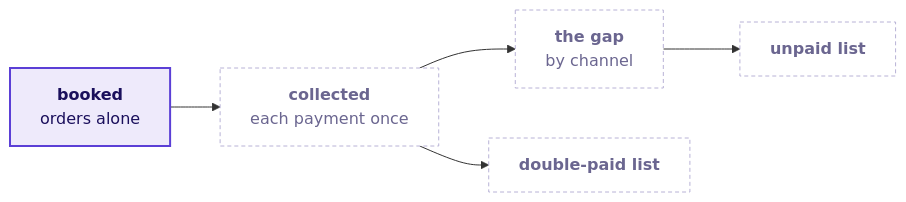
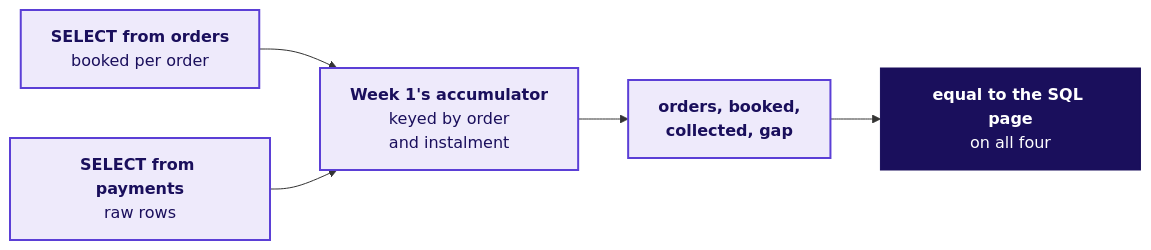
Before and after one commit to fde-academy-lab/c2-content-factory: the fourth of 8 diagrams in content/W02/D2/slides/C2_W02_D02_half2_STUDENT.md, drawn with Mermaid. The commit also changed other lines of this file and 11 other files, not shown here.

First line of the commit message:
W02 D2: both decks rebuilt chapter by chapter to standard v3, and the notebooks without the Week 1 bulk order

````diff
--- a/content/W02/D2/slides/C2_W02_D02_half2_STUDENT.md
+++ b/content/W02/D2/slides/C2_W02_D02_half2_STUDENT.md
@@ -34,11 +320,11 @@
 ```mermaid
 flowchart LR
-    B["<b>booked</b><br/>orders alone"] --> C["<b>collected</b><br/>each payment once"]
-    C --> G["<b>the gap</b><br/>by channel"]
-    G --> U["<b>unpaid list</b>"]
-    C --> D["<b>double-paid list</b>"]
+    O["<b>SELECT from orders</b><br/>booked per order"] --> A["<b>Week 1's accumulator</b><br/>keyed by order<br/>and instalment"]
+    P["<b>SELECT from payments</b><br/>raw rows"] --> A
+    A --> F["<b>orders, booked,<br/>collected, gap</b>"]
+    F --> C["<b>equal to the SQL page</b><br/>on all four"]
     classDef known fill:#EEEAFB,stroke:#5B3FD6,color:#1A0F5C,stroke-width:2px
-    classDef unknown fill:#FFFFFF,stroke:#B8B2D6,color:#6B6690,stroke-dasharray:4 3
-    class B known
-    class C,G,U,D unknown
+    classDef bet fill:#1A0F5C,stroke:#1A0F5C,color:#FFFFFF
+    class O,P,A,F known
+    class C bet
 ```
````
